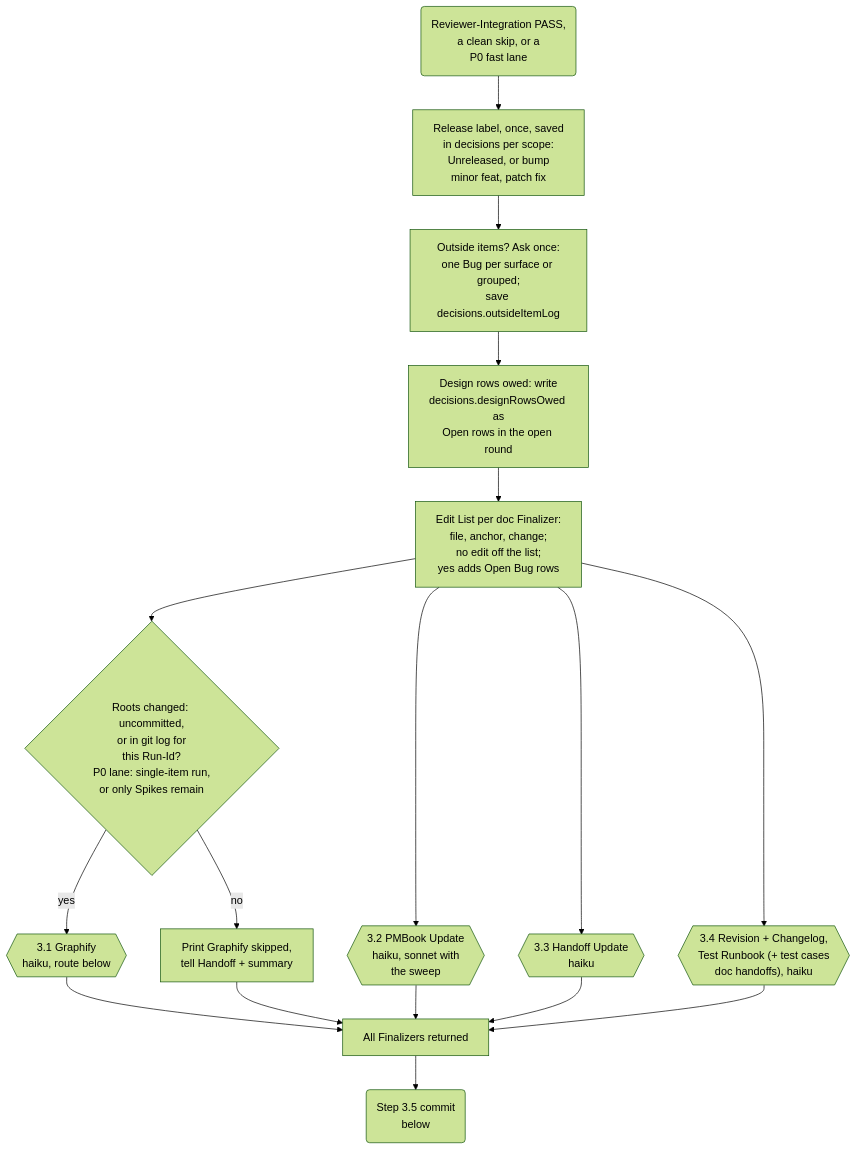
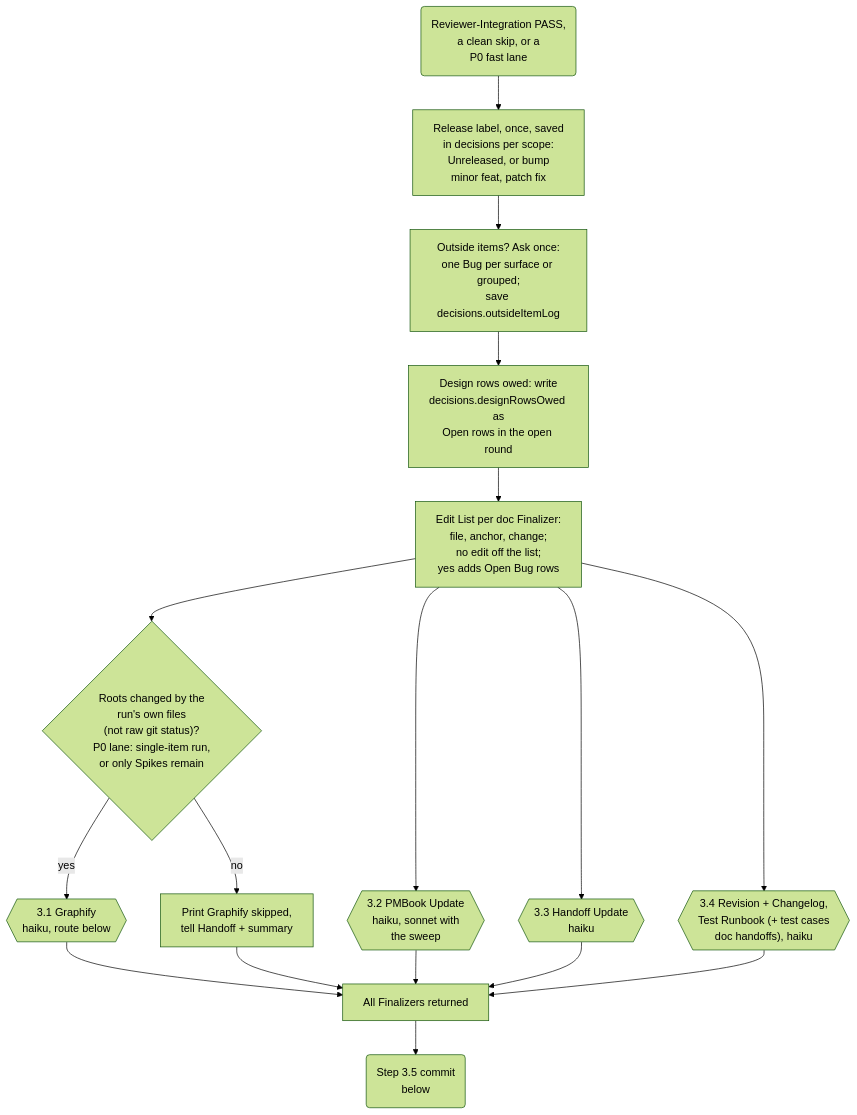
One commit to muhammedalikhan86/claude-stash changed the first of 5 diagrams in skills/plugin-orchestrator-development-pattern/mermaid/07-phase3-finalization.md. Above: the diagram before and after it, drawn with Mermaid (forest theme). The commit also changed other lines of this file and 18 other files, not shown here.

````diff
--- a/skills/plugin-orchestrator-development-pattern/mermaid/07-phase3-finalization.md
+++ b/skills/plugin-orchestrator-development-pattern/mermaid/07-phase3-finalization.md
@@ -5,19 +5,19 @@
 ```mermaid
 flowchart TD
     S0("Reviewer-Integration PASS,<br/>a clean skip, or a<br/>P0 fast lane") --> Label["Release label, once, saved<br/>in decisions per scope:<br/>Unreleased, or bump<br/>minor feat, patch fix"]
     Label --> Out["Outside items? Ask once:<br/>one Bug per surface or grouped;<br/>save decisions.outsideItemLog"]
     Out --> Owed["Design rows owed: write<br/>decisions.designRowsOwed as<br/>Open rows in the open round"]
     Owed --> Lists["Edit List per doc Finalizer:<br/>file, anchor, change;<br/>no edit off the list;<br/>yes adds Open Bug rows"]
-    Lists --> G{"Roots changed: uncommitted,<br/>or in git log for<br/>this Run-Id?<br/>P0 lane: single-item run,<br/>or only Spikes remain"}
+    Lists --> G{"Roots changed by the<br/>run's own files<br/>(not raw git status)?<br/>P0 lane: single-item run,<br/>or only Spikes remain"}
     G -->|"no"| GS["Print Graphify skipped,<br/>tell Handoff + summary"]
     G -->|"yes"| GF{{"3.1 Graphify<br/>haiku, route below"}}
     Lists --> PM{{"3.2 PMBook Update<br/>haiku, sonnet with<br/>the sweep"}}
     Lists --> HO{{"3.3 Handoff Update<br/>haiku"}}
     Lists --> RC{{"3.4 Revision + Changelog,<br/>Test Runbook (+ test cases<br/>doc handoffs), haiku"}}
     GF --> Wait
     GS --> Wait
     PM --> Wait
     HO --> Wait
     RC --> Wait["All Finalizers returned"]
     Wait --> Commit("Step 3.5 commit<br/>below")
 ```
````
